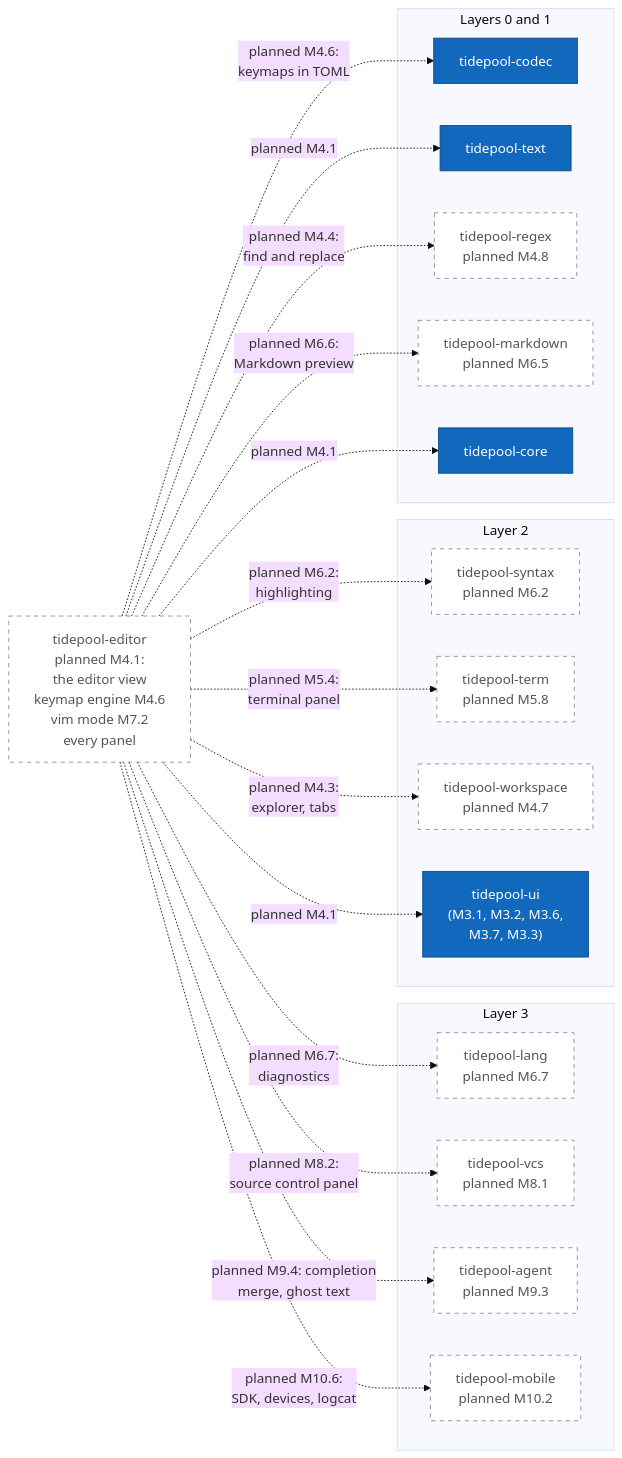
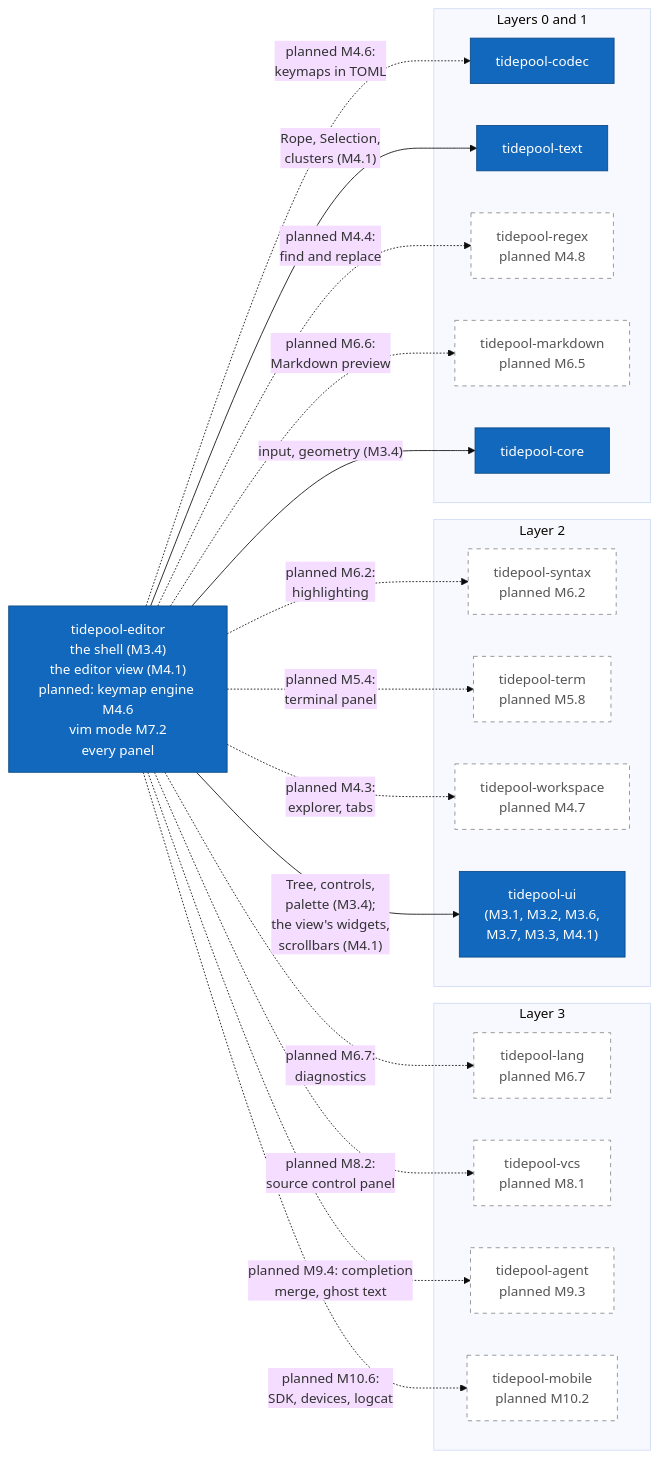
The ninth of 17 diagrams in diagrams/c4-architecture.md (jabbott-iii/Tidepool), drawn with Mermaid (base theme) before and after one commit. The commit also changed other lines of this file and 49 other files, not shown here.

````diff
--- a/diagrams/c4-architecture.md
+++ b/diagrams/c4-architecture.md
@@ -490,43 +492,43 @@
 ```mermaid
 flowchart LR
-    k_editor["tidepool-editor<br/>planned M4.1:<br/>the editor view<br/>keymap engine M4.6<br/>vim mode M7.2<br/>every panel"]
+    k_editor["tidepool-editor<br/>the shell (M3.4)<br/>the editor view (M4.1)<br/>planned: keymap engine M4.6<br/>vim mode M7.2<br/>every panel"]
 
     subgraph L3["Layer 3"]
         k_lang["tidepool-lang<br/>planned M6.7"]
         k_vcs["tidepool-vcs<br/>planned M8.1"]
         k_agent["tidepool-agent<br/>planned M9.3"]
         k_mobile["tidepool-mobile<br/>planned M10.2"]
     end
     subgraph L2["Layer 2"]
         k_syntax["tidepool-syntax<br/>planned M6.2"]
         k_term["tidepool-term<br/>planned M5.8"]
         k_workspace["tidepool-workspace<br/>planned M4.7"]
-        k_ui["tidepool-ui<br/>(M3.1, M3.2, M3.6,<br/>M3.7, M3.3)"]
+        k_ui["tidepool-ui<br/>(M3.1, M3.2, M3.6,<br/>M3.7, M3.3, M4.1)"]
     end
     subgraph L01["Layers 0 and 1"]
         k_codec["tidepool-codec"]
         k_text["tidepool-text"]
         k_regex["tidepool-regex<br/>planned M4.8"]
         k_markdown["tidepool-markdown<br/>planned M6.5"]
         k_core["tidepool-core"]
     end
 
-    k_editor -.->|"planned M4.1"| k_core
-    k_editor -.->|"planned M4.1"| k_text
-    k_editor -.->|"planned M4.1"| k_ui
+    k_editor -->|"input, geometry (M3.4)"| k_core
+    k_editor -->|"Rope, Selection,<br/>clusters (M4.1)"| k_text
+    k_editor -->|"Tree, controls,<br/>palette (M3.4);<br/>the view's widgets,<br/>scrollbars (M4.1)"| k_ui
     k_editor -.->|"planned M4.6:<br/>keymaps in TOML"| k_codec
     k_editor -.->|"planned M4.3:<br/>explorer, tabs"| k_workspace
     k_editor -.->|"planned M4.4:<br/>find and replace"| k_regex
     k_editor -.->|"planned M5.4:<br/>terminal panel"| k_term
     k_editor -.->|"planned M6.2:<br/>highlighting"| k_syntax
     k_editor -.->|"planned M6.7:<br/>diagnostics"| k_lang
     k_editor -.->|"planned M6.6:<br/>Markdown preview"| k_markdown
     k_editor -.->|"planned M8.2:<br/>source control panel"| k_vcs
     k_editor -.->|"planned M9.4: completion<br/>merge, ghost text"| k_agent
     k_editor -.->|"planned M10.6:<br/>SDK, devices, logcat"| k_mobile
 
     classDef built fill:#1168bd,stroke:#0b4884,color:#ffffff
     classDef planned fill:#ffffff,stroke:#888888,stroke-dasharray: 5 5,color:#555555
-    class k_codec,k_text,k_core,k_ui built
-    class k_editor,k_lang,k_vcs,k_agent,k_mobile,k_syntax,k_term,k_workspace,k_regex,k_markdown planned
+    class k_editor,k_codec,k_text,k_core,k_ui built
+    class k_lang,k_vcs,k_agent,k_mobile,k_syntax,k_term,k_workspace,k_regex,k_markdown planned
 ```
````
